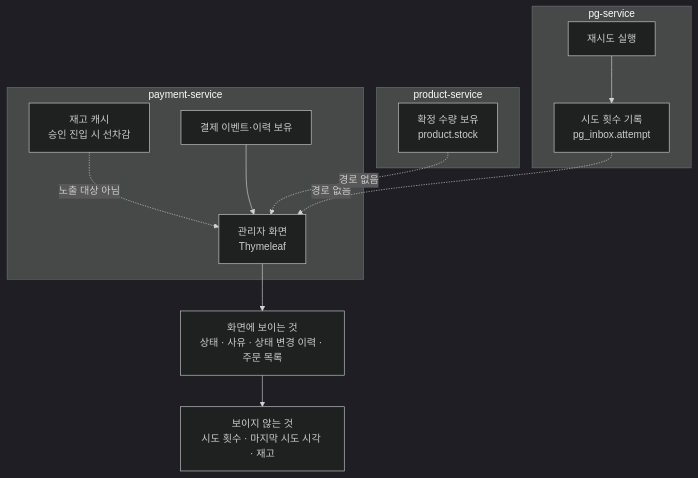
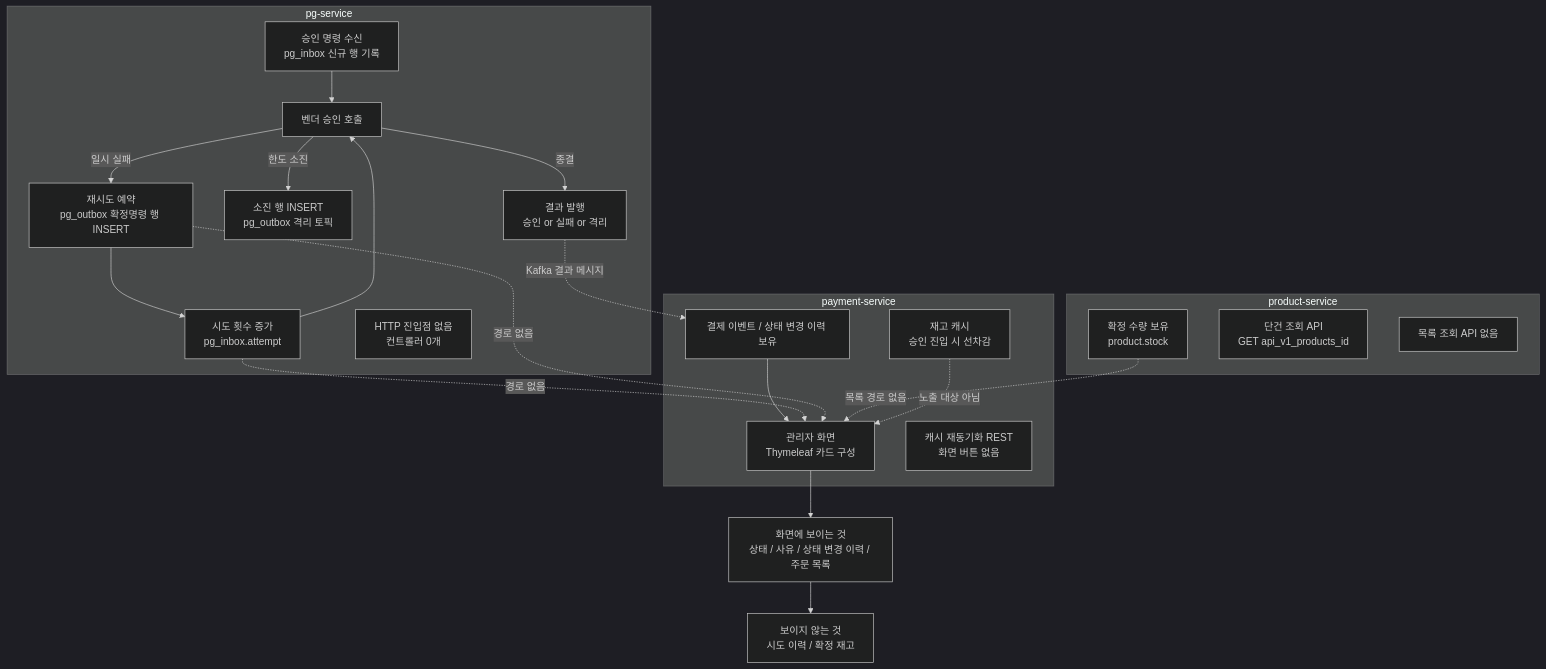
One commit to hyoguoo/payment-platform changed the second of 2 diagrams in docs/topics/ADMIN-VISIBILITY.md. Above: the diagram before and after it, drawn with Mermaid (dark theme). The commit also changed other lines of this file and 2 other files, not shown here.

First line of the commit message:
docs: 관리자 화면 가시성 확충 설계 확정

````diff
--- a/docs/topics/ADMIN-VISIBILITY.md
+++ b/docs/topics/ADMIN-VISIBILITY.md
@@ -17,24 +89,35 @@
 ```mermaid
 flowchart TD
     subgraph PG["pg-service"]
-        A1["재시도 실행"] --> A2["시도 횟수 기록<br/>pg_inbox.attempt"]
+        A1["승인 명령 수신<br/>pg_inbox 신규 행 기록"] --> A2["벤더 승인 호출"]
+        A2 -->|"일시 실패"| A3["재시도 예약<br/>pg_outbox 확정명령 행 INSERT"]
+        A3 --> A4["시도 횟수 증가<br/>pg_inbox.attempt"]
+        A4 --> A2
+        A2 -->|"한도 소진"| A5["소진 행 INSERT<br/>pg_outbox 격리 토픽"]
+        A2 -->|"종결"| A6["결과 발행<br/>승인 or 실패 or 격리"]
+        A9["HTTP 진입점 없음<br/>컨트롤러 0개"]
     end
 
     subgraph PROD["product-service"]
         B1["확정 수량 보유<br/>product.stock"]
+        B2["단건 조회 API<br/>GET api_v1_products_id"]
+        B3["목록 조회 API 없음"]
     end
 
     subgraph PAY["payment-service"]
         C1["재고 캐시<br/>승인 진입 시 선차감"]
-        C2["관리자 화면<br/>Thymeleaf"]
-        C3["결제 이벤트·이력 보유"]
+        C2["관리자 화면<br/>Thymeleaf 카드 구성"]
+        C3["결제 이벤트 / 상태 변경 이력 보유"]
+        C4["캐시 재동기화 REST<br/>화면 버튼 없음"]
     end
 
+    A6 -.->|"Kafka 결과 메시지"| C3
     C3 --> C2
-    A2 -. "경로 없음" .-> C2
-    B1 -. "경로 없음" .-> C2
-    C1 -. "노출 대상 아님" .-> C2
+    A4 -.->|"경로 없음"| C2
+    A3 -.->|"경로 없음"| C2
+    B1 -.->|"목록 경로 없음"| C2
+    C1 -.->|"노출 대상 아님"| C2
 
-    C2 --> D["화면에 보이는 것<br/>상태 · 사유 · 상태 변경 이력 · 주문 목록"]
-    D --> E["보이지 않는 것<br/>시도 횟수 · 마지막 시도 시각 · 재고"]
+    C2 --> D["화면에 보이는 것<br/>상태 / 사유 / 상태 변경 이력 / 주문 목록"]
+    D --> E["보이지 않는 것<br/>시도 이력 / 확정 재고"]
 ```
````
